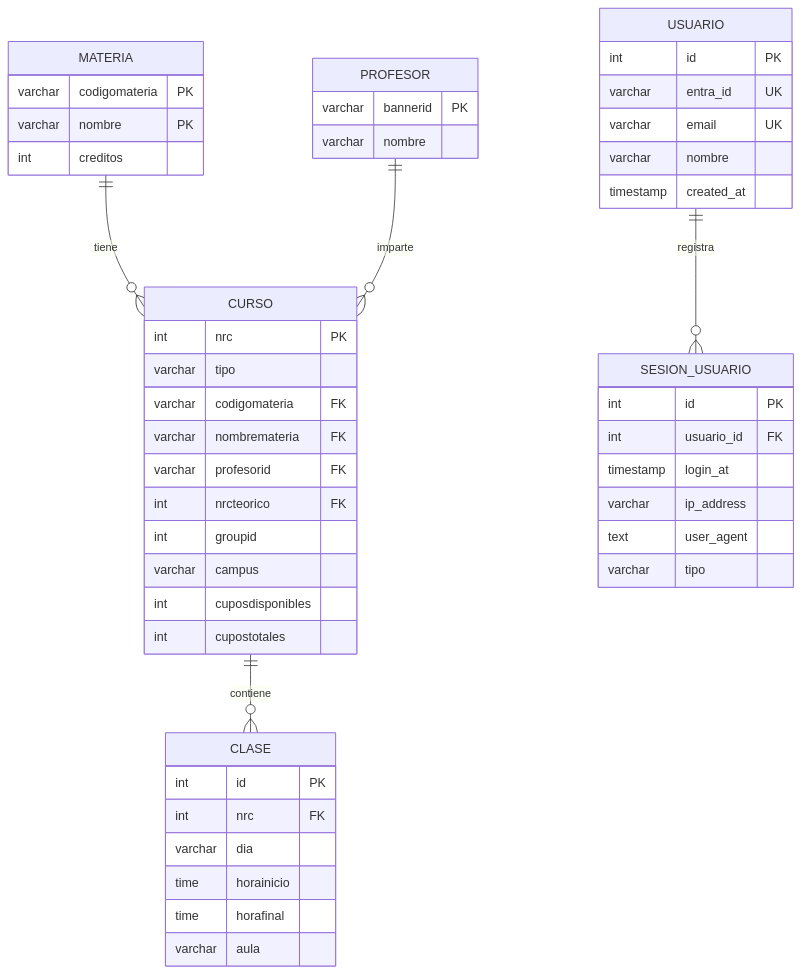
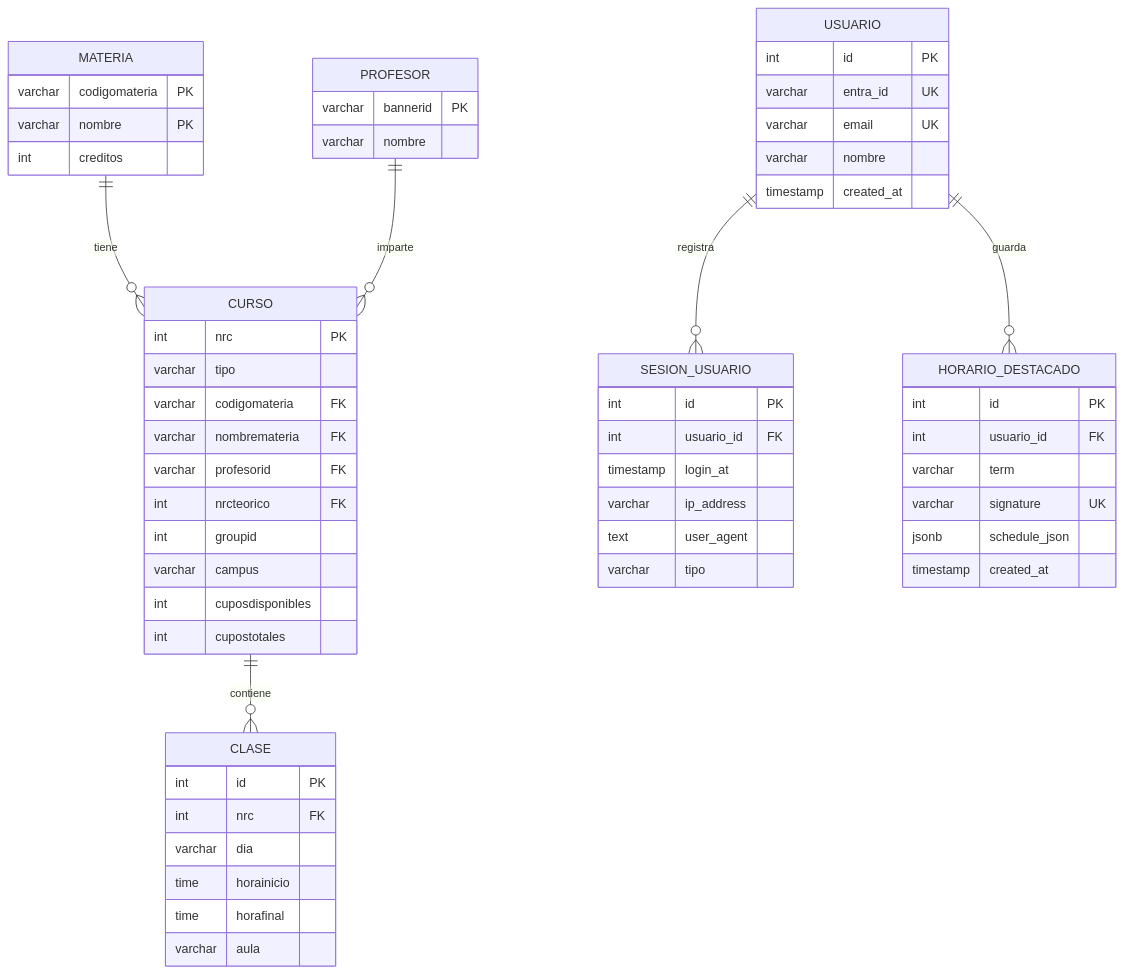
The first of 2 diagrams in docs/modelo_datos.md (ISCOUTB/DH-ScheduleGeneratorUTB), drawn with Mermaid before and after one commit. The commit also changed other lines of this file and 21 other files, not shown here.

````diff
--- a/docs/modelo_datos.md
+++ b/docs/modelo_datos.md
@@ -14,58 +11,68 @@
 ```mermaid
 erDiagram
     MATERIA ||--o{ CURSO : tiene
     PROFESOR ||--o{ CURSO : imparte
     CURSO ||--o{ CLASE : contiene
 
     MATERIA {
         varchar codigomateria PK
         varchar nombre PK
         int creditos
     }
 
     CURSO {
         int nrc PK
         varchar tipo
         varchar codigomateria FK
         varchar nombremateria FK
         varchar profesorid FK
         int nrcteorico FK
         int groupid
         varchar campus
         int cuposdisponibles
         int cupostotales
     }
 
     CLASE {
         int id PK
         int nrc FK
         varchar dia
         time horainicio
         time horafinal
         varchar aula
     }
 
     PROFESOR {
         varchar bannerid PK
         varchar nombre
     }
 
     USUARIO {
         int id PK
         varchar entra_id UK
         varchar email UK
         varchar nombre
         timestamp created_at
     }
 
     USUARIO ||--o{ SESION_USUARIO : registra
+    USUARIO ||--o{ HORARIO_DESTACADO : guarda
 
     SESION_USUARIO {
         int id PK
         int usuario_id FK
         timestamp login_at
         varchar ip_address
         text user_agent
         varchar tipo
     }
+
+    HORARIO_DESTACADO {
+        int id PK
+        int usuario_id FK
+        varchar term
+        varchar signature UK
+        jsonb schedule_json
+        timestamp created_at
+    }
 ```
````
